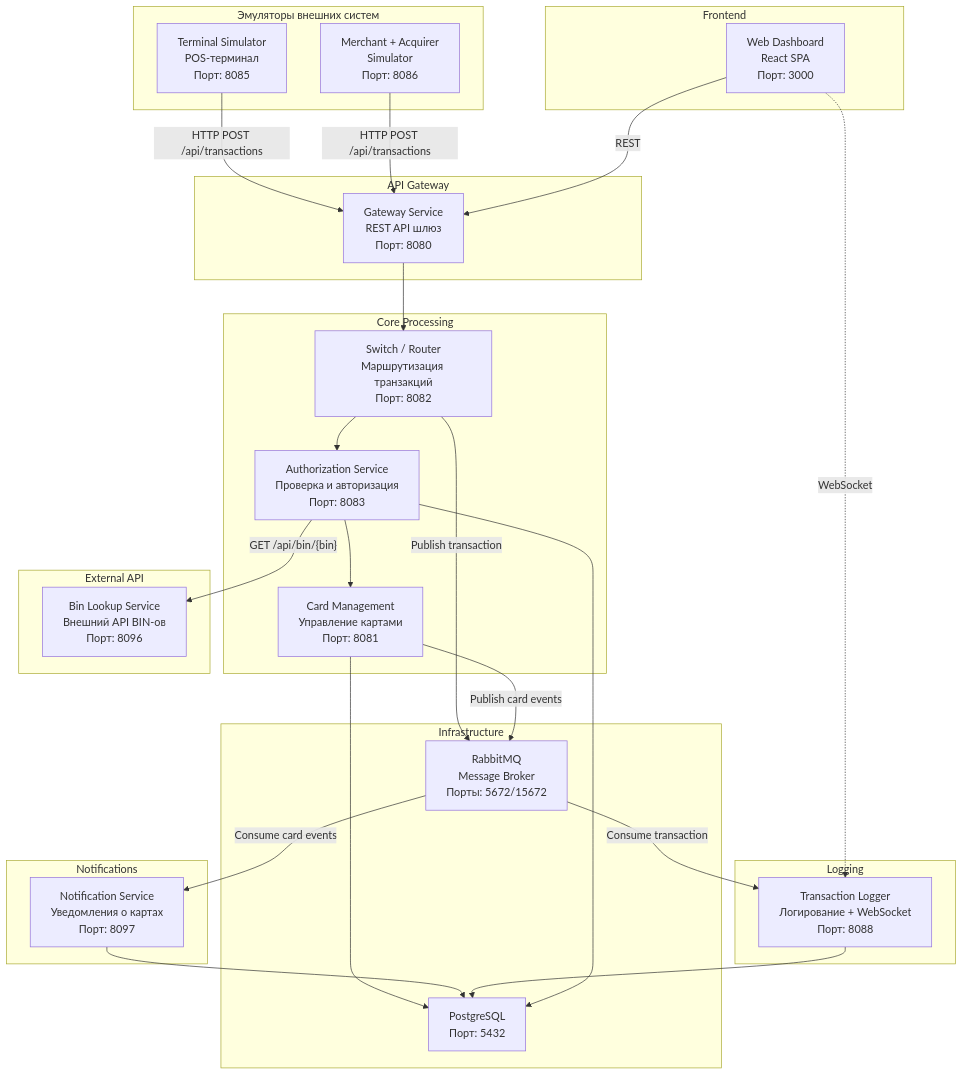
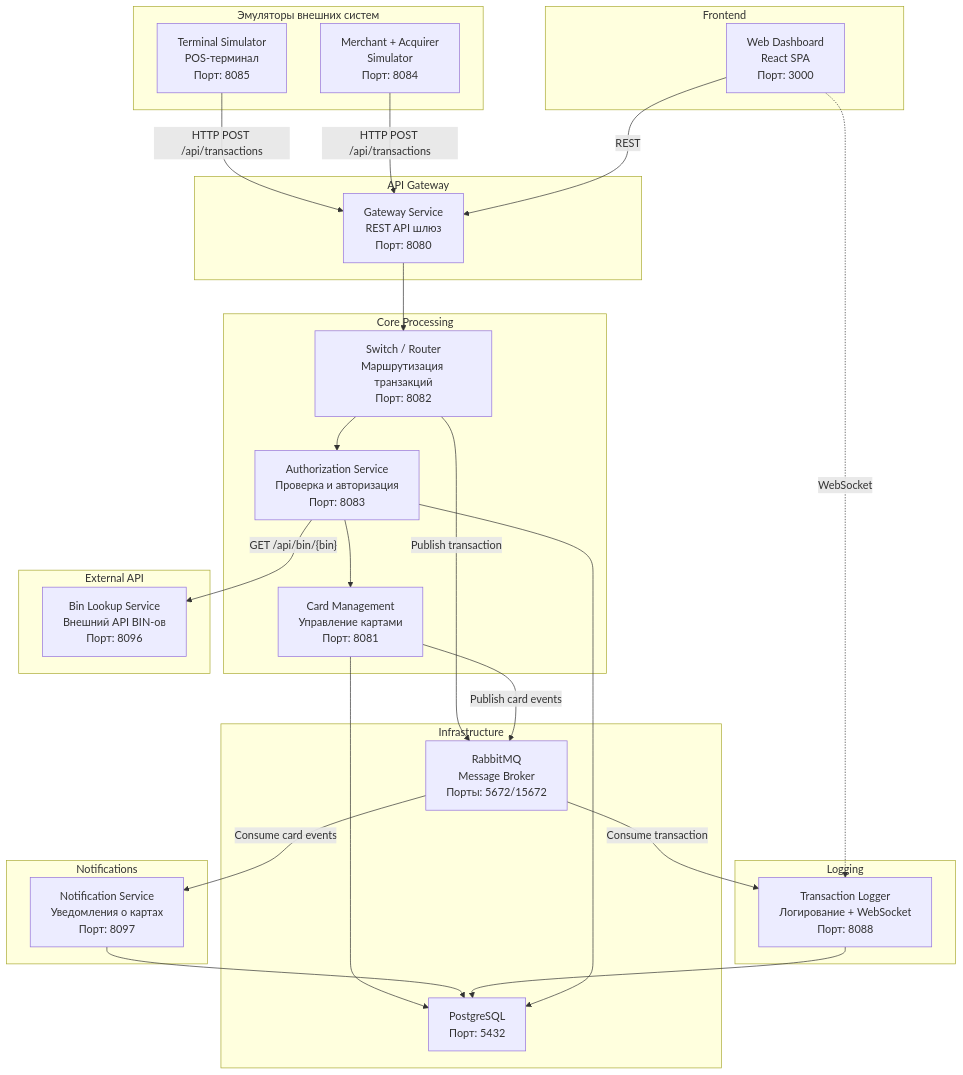
The first of 2 diagrams in materials/module-01-intro/slides/lecture-01.md (LektonSoftwareTestingCourse/Lectures), drawn with Mermaid before and after one commit. The commit also changed other lines of this file, not shown here.

Commit message:
fix(lecture-01): порт 8084, реальная история, русификация, дата

````diff
--- a/materials/module-01-intro/slides/lecture-01.md
+++ b/materials/module-01-intro/slides/lecture-01.md
@@ -252,55 +252,55 @@
 ```mermaid
 graph TB
     subgraph "Эмуляторы внешних систем"
         TERM["Terminal Simulator<br/>POS-терминал<br/>Порт: 8085"]
-        MERCH["Merchant + Acquirer<br/>Simulator<br/>Порт: 8086"]
+        MERCH["Merchant + Acquirer<br/>Simulator<br/>Порт: 8084"]
     end
 
     subgraph "API Gateway"
         GW["Gateway Service<br/>REST API шлюз<br/>Порт: 8080"]
     end
 
     subgraph "Core Processing"
         SW["Switch / Router<br/>Маршрутизация транзакций<br/>Порт: 8082"]
         AUTH["Authorization Service<br/>Проверка и авторизация<br/>Порт: 8083"]
         CMS["Card Management<br/>Управление картами<br/>Порт: 8081"]
     end
 
     subgraph "Logging"
         LOG["Transaction Logger<br/>Логирование + WebSocket<br/>Порт: 8088"]
     end
 
     subgraph "External API"
         BIN["Bin Lookup Service<br/>Внешний API BIN-ов<br/>Порт: 8096"]
     end
 
     subgraph "Notifications"
         NS["Notification Service<br/>Уведомления о картах<br/>Порт: 8097"]
     end
 
     subgraph "Frontend"
         WEB["Web Dashboard<br/>React SPA<br/>Порт: 3000"]
     end
 
     subgraph "Infrastructure"
         DB["PostgreSQL<br/>Порт: 5432"]
         RMQ["RabbitMQ<br/>Message Broker<br/>Порты: 5672/15672"]
     end
 
     TERM -->|"HTTP POST /api/transactions"| GW
     MERCH -->|"HTTP POST /api/transactions"| GW
     GW --> SW
     SW --> AUTH
     AUTH -->|"GET /api/bin/{bin}"| BIN
     SW -->|"Publish transaction"| RMQ
     RMQ -->|"Consume transaction"| LOG
     AUTH --> CMS
     CMS --> DB
     CMS -->|"Publish card events"| RMQ
     RMQ -->|"Consume card events"| NS
     NS --> DB
     LOG --> DB
     AUTH --> DB
     WEB -->|"REST"| GW
     WEB -.->|"WebSocket"| LOG
 ```
````
